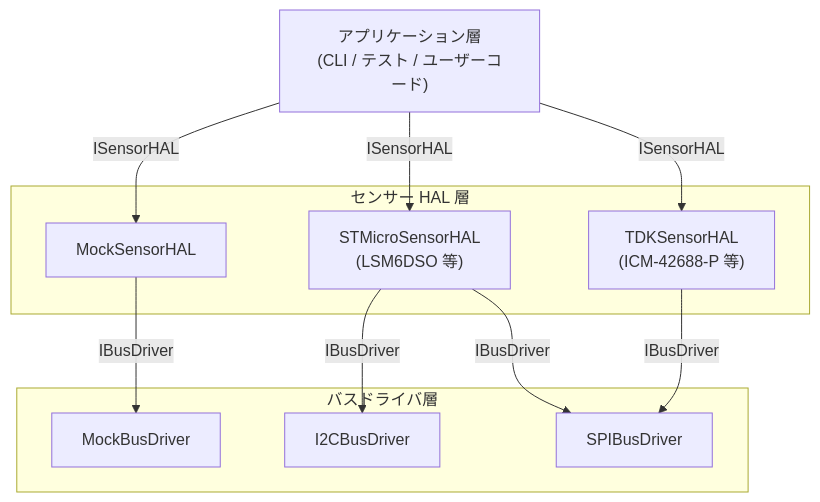
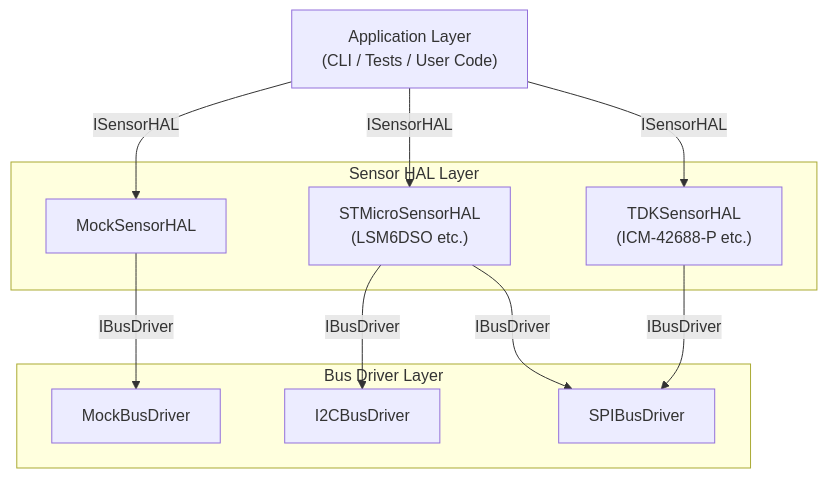
Before and after one commit to ks6088ts-labs/ai-driven-development-labs: the first of 2 diagrams in docs/imu-hal.md, drawn with Mermaid. The commit also changed other lines of this file and 8 other files, not shown here.

````diff
--- a/docs/imu-hal.md
+++ b/docs/imu-hal.md
@@ -7,24 +7,24 @@
 ```mermaid
 graph TD
-    APP["アプリケーション層<br/>(CLI / テスト / ユーザーコード)"]
+    APP["Application Layer<br/>(CLI / Tests / User Code)"]
 
-    subgraph HAL["センサー HAL 層"]
+    subgraph HAL["Sensor HAL Layer"]
         MOCK_HAL["MockSensorHAL"]
-        ST_HAL["STMicroSensorHAL<br/>(LSM6DSO 等)"]
-        TDK_HAL["TDKSensorHAL<br/>(ICM-42688-P 等)"]
+        ST_HAL["STMicroSensorHAL<br/>(LSM6DSO etc.)"]
+        TDK_HAL["TDKSensorHAL<br/>(ICM-42688-P etc.)"]
     end
 
-    subgraph BUS["バスドライバ層"]
+    subgraph BUS["Bus Driver Layer"]
         MOCK_BUS["MockBusDriver"]
         I2C_BUS["I2CBusDriver"]
         SPI_BUS["SPIBusDriver"]
     end
 
     APP -->|ISensorHAL| MOCK_HAL
     APP -->|ISensorHAL| ST_HAL
     APP -->|ISensorHAL| TDK_HAL
     MOCK_HAL -->|IBusDriver| MOCK_BUS
     ST_HAL -->|IBusDriver| I2C_BUS
     ST_HAL -->|IBusDriver| SPI_BUS
     TDK_HAL -->|IBusDriver| SPI_BUS
 ```
````
